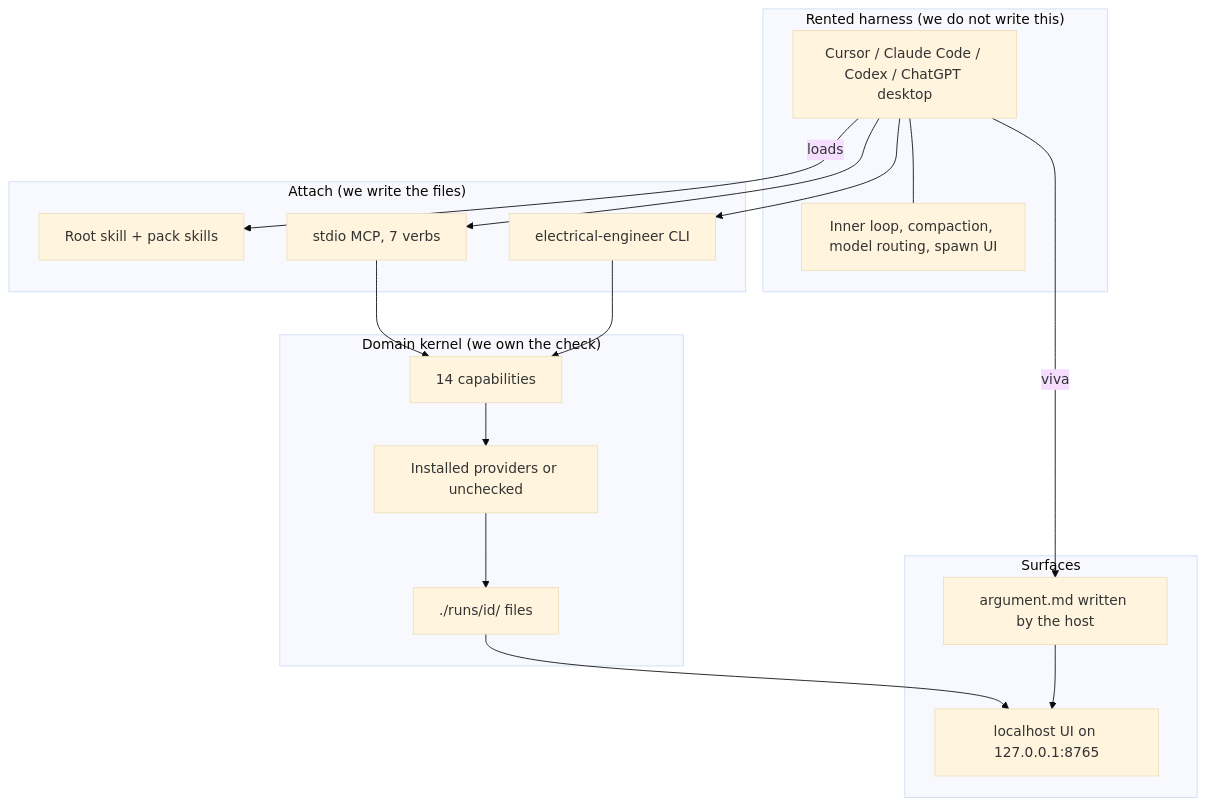
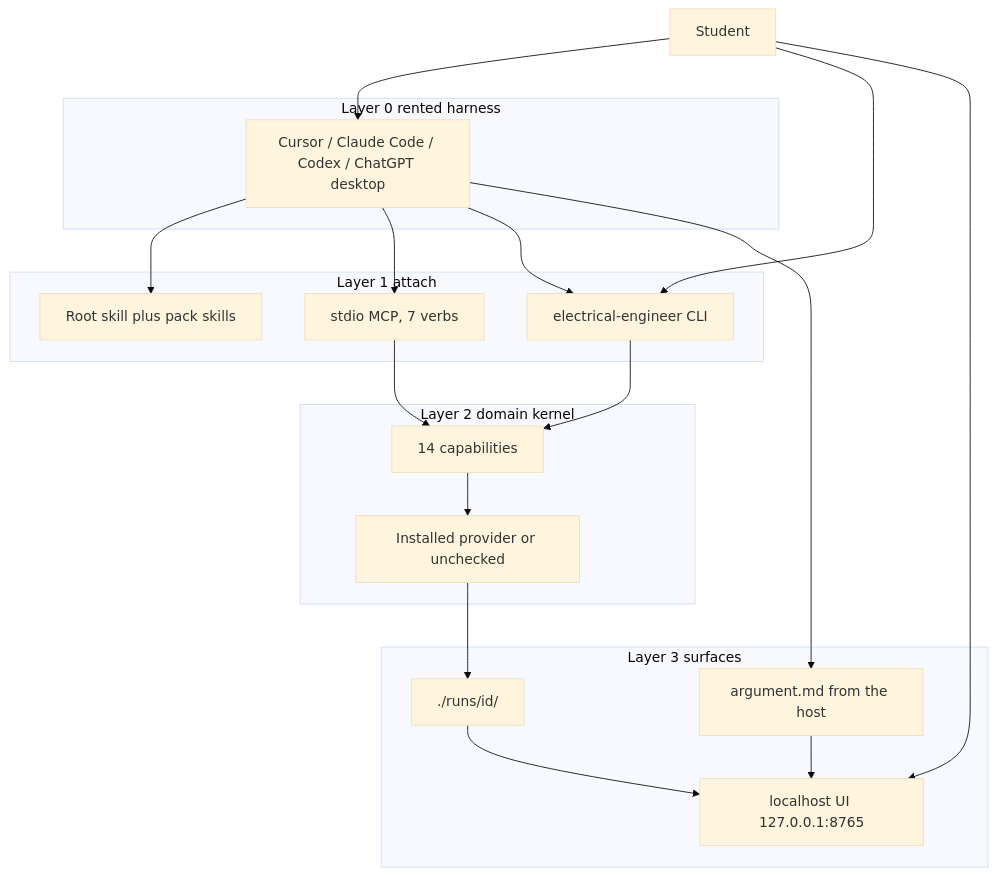
The first of 4 diagrams in docs/ON_THE_HARNESS.md (Vinayak-RZ/ARC), drawn with Mermaid (base theme) before and after one commit. The commit also changed other lines of this file, not shown here.

Commit message:
docs: fix mermaid parse and four-layer layout
Sequence messages cannot contain semicolons. Restack the ownership
diagram as layers 0-3 and put generic MCP left of Arc MCP so the
contrast reads in order.

````diff
--- a/docs/ON_THE_HARNESS.md
+++ b/docs/ON_THE_HARNESS.md
@@ -28,32 +28,34 @@
 ```mermaid
 flowchart TB
-  subgraph rent["Rented harness (we do not write this)"]
+  Student[Student]
+  subgraph L0["Layer 0 rented harness"]
     Host["Cursor / Claude Code / Codex / ChatGPT desktop"]
-    Loop["Inner loop, compaction, model routing, spawn UI"]
-    Host --- Loop
   end
-  subgraph attach["Attach (we write the files)"]
-    Skills["Root skill + pack skills"]
+  subgraph L1["Layer 1 attach"]
+    Skills["Root skill plus pack skills"]
     MCP["stdio MCP, 7 verbs"]
     CLI["electrical-engineer CLI"]
   end
-  subgraph kernel["Domain kernel (we own the check)"]
+  subgraph L2["Layer 2 domain kernel"]
     Caps["14 capabilities"]
-    Prov["Installed providers or unchecked"]
-    Runs["./runs/id/ files"]
+    Prov["Installed provider or unchecked"]
   end
-  subgraph see["Surfaces"]
-    UI["localhost UI on 127.0.0.1:8765"]
-    Arg["argument.md written by the host"]
+  subgraph L3["Layer 3 surfaces"]
+    Runs["./runs/id/"]
+    UI["localhost UI 127.0.0.1:8765"]
+    Arg["argument.md from the host"]
   end
-  Host -->|"loads"| Skills
+  Student --> Host
+  Student --> CLI
+  Student --> UI
+  Host --> Skills
   Host --> MCP
   Host --> CLI
   MCP --> Caps
   CLI --> Caps
   Caps --> Prov
   Prov --> Runs
   Runs --> UI
-  Host -->|"viva"| Arg
+  Host --> Arg
   Arg --> UI
 ```
````
